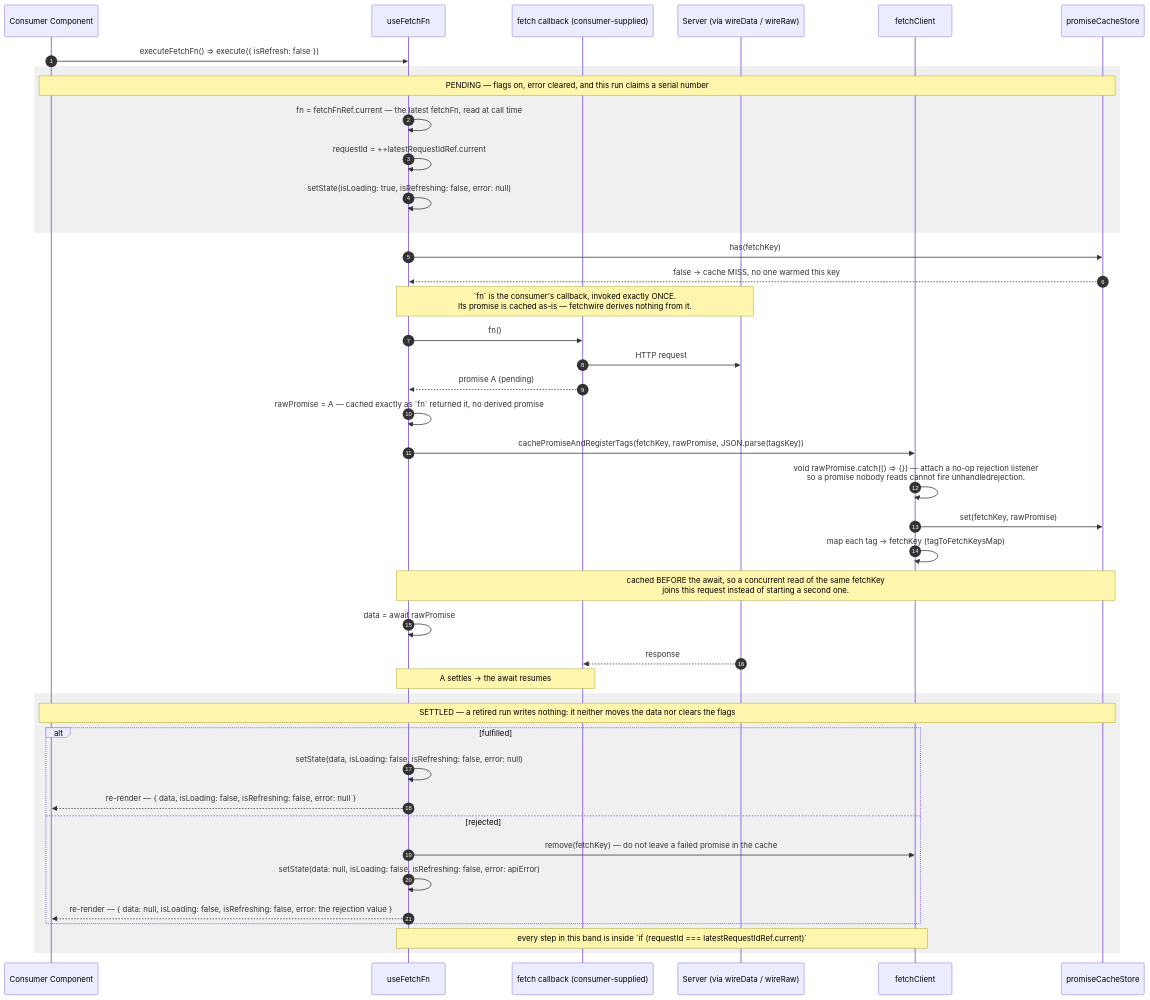
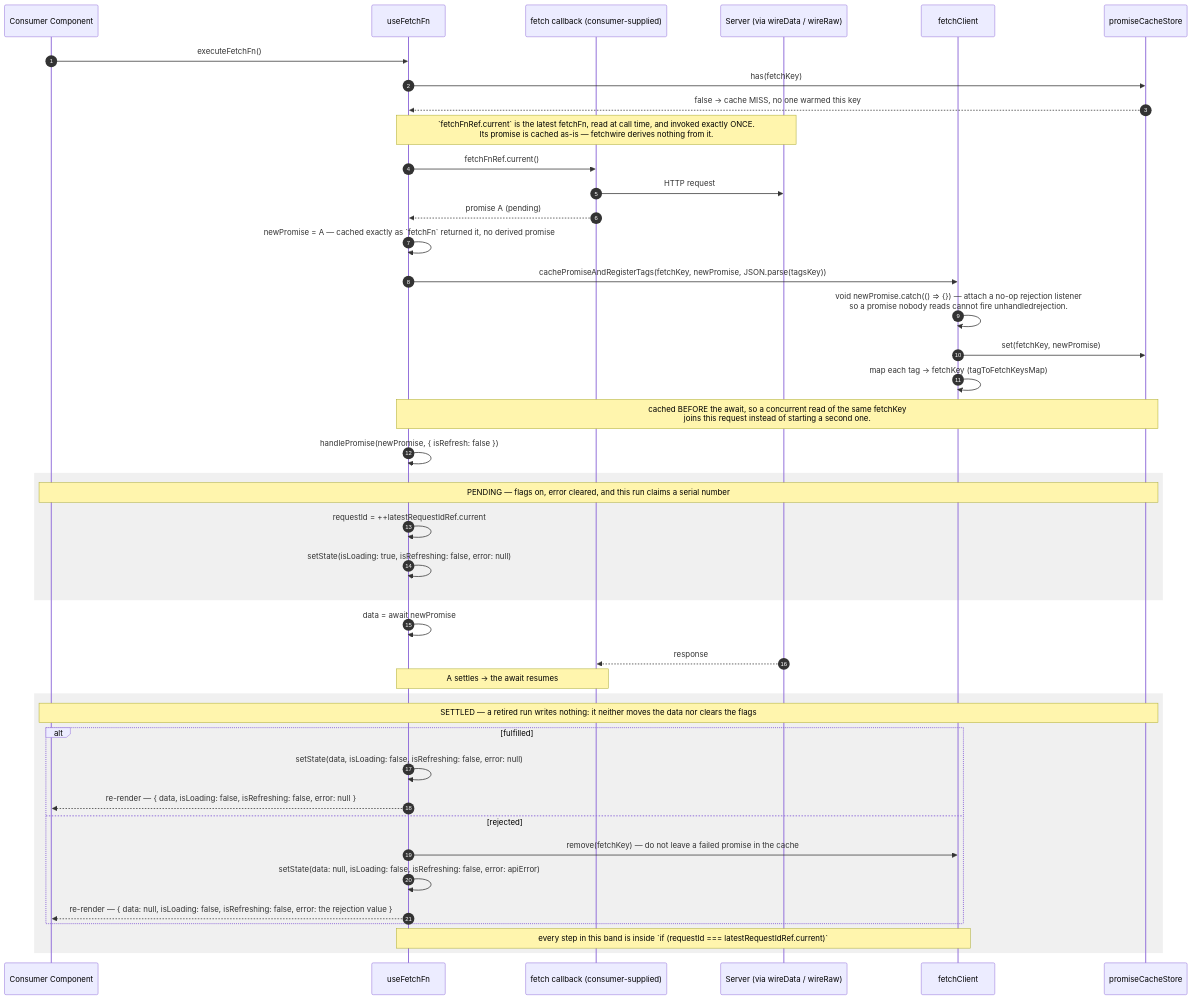
The third of 4 diagrams in docs/architecture/USE-FETCH-FN-FLOW.md (chuhaiphu/fetchwire), drawn with Mermaid before and after one commit. The commit also changed other lines of this file and 11 other files, not shown here.

First line of the commit message:
fix: a refresh updates every reader of its fetchKey, and an invalidation sends one request per fetchKey

````diff
--- a/docs/architecture/USE-FETCH-FN-FLOW.md
+++ b/docs/architecture/USE-FETCH-FN-FLOW.md
@@ -110,51 +114,52 @@
 ```mermaid
 sequenceDiagram
     autonumber
     participant Cmp as Consumer Component
     participant H as useFetchFn
     participant Fn as fetch callback (consumer-supplied)
     participant API as Server (via wireData / wireRaw)
     participant FC as fetchClient
     participant Cache as promiseCacheStore
 
-    Cmp->>H: executeFetchFn() ⇒ execute({ isRefresh: false })
+    Cmp->>H: executeFetchFn()
+
+    H->>Cache: has(fetchKey)
+    Cache-->>H: false → cache MISS, no one warmed this key
+
+    Note over H,API: `fetchFnRef.current` is the latest fetchFn, read at call time, and invoked exactly ONCE.<br/>Its promise is cached as-is — fetchwire derives nothing from it.
+    H->>Fn: fetchFnRef.current()
+    Fn->>API: HTTP request
+    Fn-->>H: promise A (pending)
+    H->>H: newPromise = A — cached exactly as `fetchFn` returned it, no derived promise
+
+    H->>FC: cachePromiseAndRegisterTags(fetchKey, newPromise, JSON.parse(tagsKey))
+    FC->>FC: void newPromise.catch(() => {}) — attach a no-op rejection listener<br/>so a promise nobody reads cannot fire unhandledrejection.
+    FC->>Cache: set(fetchKey, newPromise)
+    FC->>FC: map each tag → fetchKey (tagToFetchKeysMap)
+    Note over H,Cache: cached BEFORE the await, so a concurrent read of the same fetchKey<br/>joins this request instead of starting a second one.
+    H->>H: handlePromise(newPromise, { isRefresh: false })
 
     rect rgba(128,128,128,0.12)
         Note over Cmp,Cache: PENDING — flags on, error cleared, and this run claims a serial number
-        H->>H: fn = fetchFnRef.current — the latest fetchFn, read at call time
         H->>H: requestId = ++latestRequestIdRef.current
         H->>H: setState(isLoading: true, isRefreshing: false, error: null)
     end
 
-    H->>Cache: has(fetchKey)
-    Cache-->>H: false → cache MISS, no one warmed this key
-
-    Note over H,API: `fn` is the consumer's callback, invoked exactly ONCE.<br/>Its promise is cached as-is — fetchwire derives nothing from it.
-    H->>Fn: fn()
-    Fn->>API: HTTP request
-    Fn-->>H: promise A (pending)
-    H->>H: rawPromise = A — cached exactly as `fn` returned it, no derived promise
-
-    H->>FC: cachePromiseAndRegisterTags(fetchKey, rawPromise, JSON.parse(tagsKey))
-    FC->>FC: void rawPromise.catch(() => {}) — attach a no-op rejection listener<br/>so a promise nobody reads cannot fire unhandledrejection.
-    FC->>Cache: set(fetchKey, rawPromise)
-    FC->>FC: map each tag → fetchKey (tagToFetchKeysMap)
-    Note over H,Cache: cached BEFORE the await, so a concurrent read of the same fetchKey<br/>joins this request instead of starting a second one.
-    H->>H: data = await rawPromise
+    H->>H: data = await newPromise
 
     API-->>Fn: response
     Note over Fn,H: A settles → the await resumes
 
     rect rgba(128,128,128,0.12)
         Note over Cmp,Cache: SETTLED — a retired run writes nothing: it neither moves the data nor clears the flags
         alt fulfilled
             H->>H: setState(data, isLoading: false, isRefreshing: false, error: null)
             H-->>Cmp: re-render — { data, isLoading: false, isRefreshing: false, error: null }
         else rejected
             H->>FC: remove(fetchKey) — do not leave a failed promise in the cache
             H->>H: setState(data: null, isLoading: false, isRefreshing: false, error: apiError)
             H-->>Cmp: re-render — { data: null, isLoading: false, isRefreshing: false, error: the rejection value }
         end
         Note over H,FC: every step in this band is inside `if (requestId === latestRequestIdRef.current)`
     end
 ```
````
